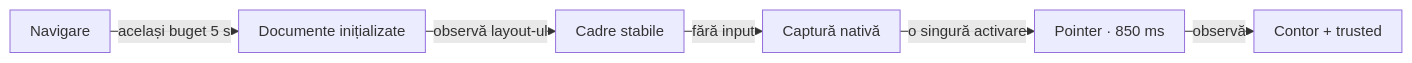
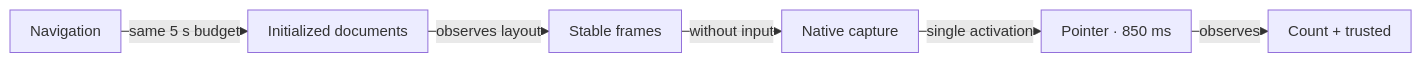
The third of 9 diagrams in atf-ui/README.md (crististefanita/atf_j0), drawn with Mermaid before and after one commit. The commit also changed other lines of this file and 113 other files, not shown here.

````diff
--- a/atf-ui/README.md
+++ b/atf-ui/README.md
@@ -237,9 +251,9 @@
 ```mermaid
 %%{init: {"themeVariables":{"fontSize":"15px"},"themeCSS":".nodeLabel, .nodeLabel p { font-size: 15px !important; line-height: 1.35 !important; } .edgeLabel, .edgeLabel p { font-size: 12px !important; font-weight: 400 !important; line-height: 1.2 !important; } .edgeLabel .labelBkg, .edgeLabel p { background: transparent !important; } .edgeLabel foreignObject { transform: translateY(-18px); overflow: visible; } .node rect { rx: 6px; ry: 6px; }","flowchart":{"curve":"linear","nodeSpacing":24,"rankSpacing":16,"padding":10,"diagramPadding":16}}}%%
 flowchart LR
-    Load["Navigare"] -->|același buget 5 s| Ready["Documente inițializate"]
-    Ready -->|observă layout-ul| Layout["Cadre stabile"]
-    Layout -->|fără input| Paint["Captură nativă"]
-    Paint -->|o singură activare| Click["Pointer · 850 ms"]
-    Click -->|observă| Facts["Contor + trusted"]
+    Load["Navigation"] -->|same 5 s budget| Ready["Initialized documents"]
+    Ready -->|observes layout| Layout["Stable frames"]
+    Layout -->|without input| Paint["Native capture"]
+    Paint -->|single activation| Click["Pointer · 850 ms"]
+    Click -->|observes| Facts["Count + trusted"]
 ```
````
